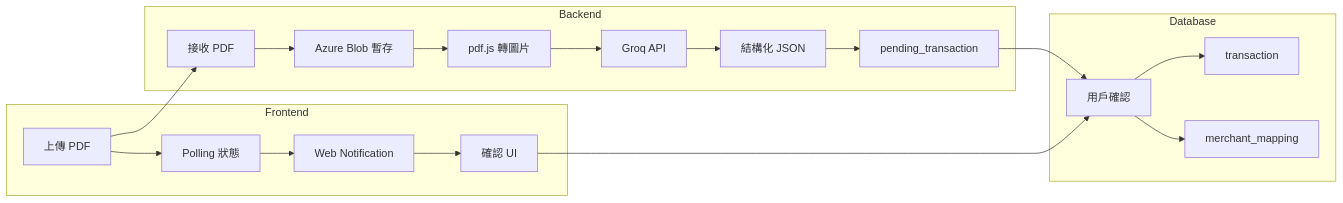
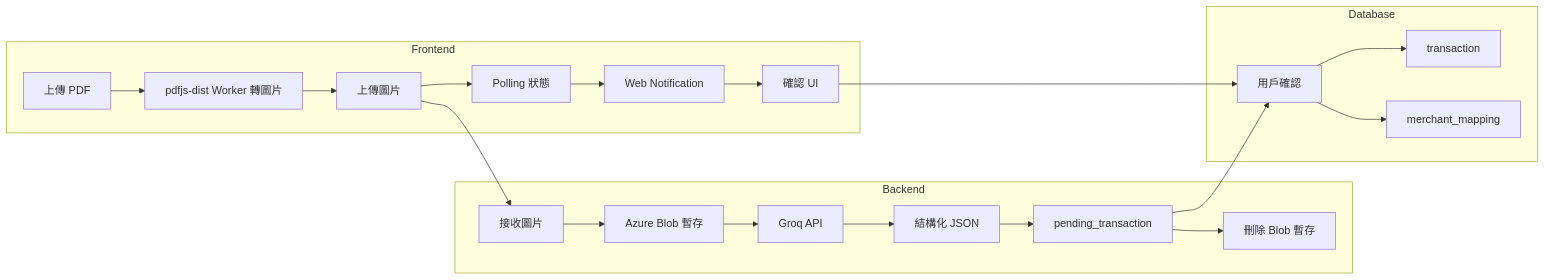
One commit to BardKidd/EasyAccounting changed the first of 4 diagrams in docs/specs/pdf-bill-analysis-rfc.md. Above: the diagram before and after it, drawn with Mermaid. The commit also changed other lines of this file, not shown here.

Commit message:
docs: 更新 PDF 帳單分析 RFC 規範。

````diff
--- a/docs/specs/pdf-bill-analysis-rfc.md
+++ b/docs/specs/pdf-bill-analysis-rfc.md
@@ -35,25 +35,27 @@
 ```mermaid
 flowchart LR
     subgraph Frontend
-        A[上傳 PDF] --> B[Polling 狀態]
-        B --> C[Web Notification]
-        C --> D[確認 UI]
+        A[上傳 PDF] --> B[pdfjs-dist Worker 轉圖片]
+        B --> C[上傳圖片]
+        C --> D[Polling 狀態]
+        D --> E[Web Notification]
+        E --> F[確認 UI]
     end
 
     subgraph Backend
-        E[接收 PDF] --> F[Azure Blob 暫存]
-        F --> G[pdf.js 轉圖片]
-        G --> H[Groq API]
-        H --> I[結構化 JSON]
-        I --> J[pending_transaction]
+        G[接收圖片] --> H[Azure Blob 暫存]
+        H --> I[Groq API]
+        I --> J[結構化 JSON]
+        J --> K[pending_transaction]
+        K --> L[刪除 Blob 暫存]
     end
 
     subgraph Database
-        J --> K[用戶確認]
-        K --> L[transaction]
-        K --> M[merchant_mapping]
+        K --> M[用戶確認]
+        M --> N[transaction]
+        M --> O[merchant_mapping]
     end
 
-    A --> E
-    D --> K
+    C --> G
+    F --> M
 ```
````
